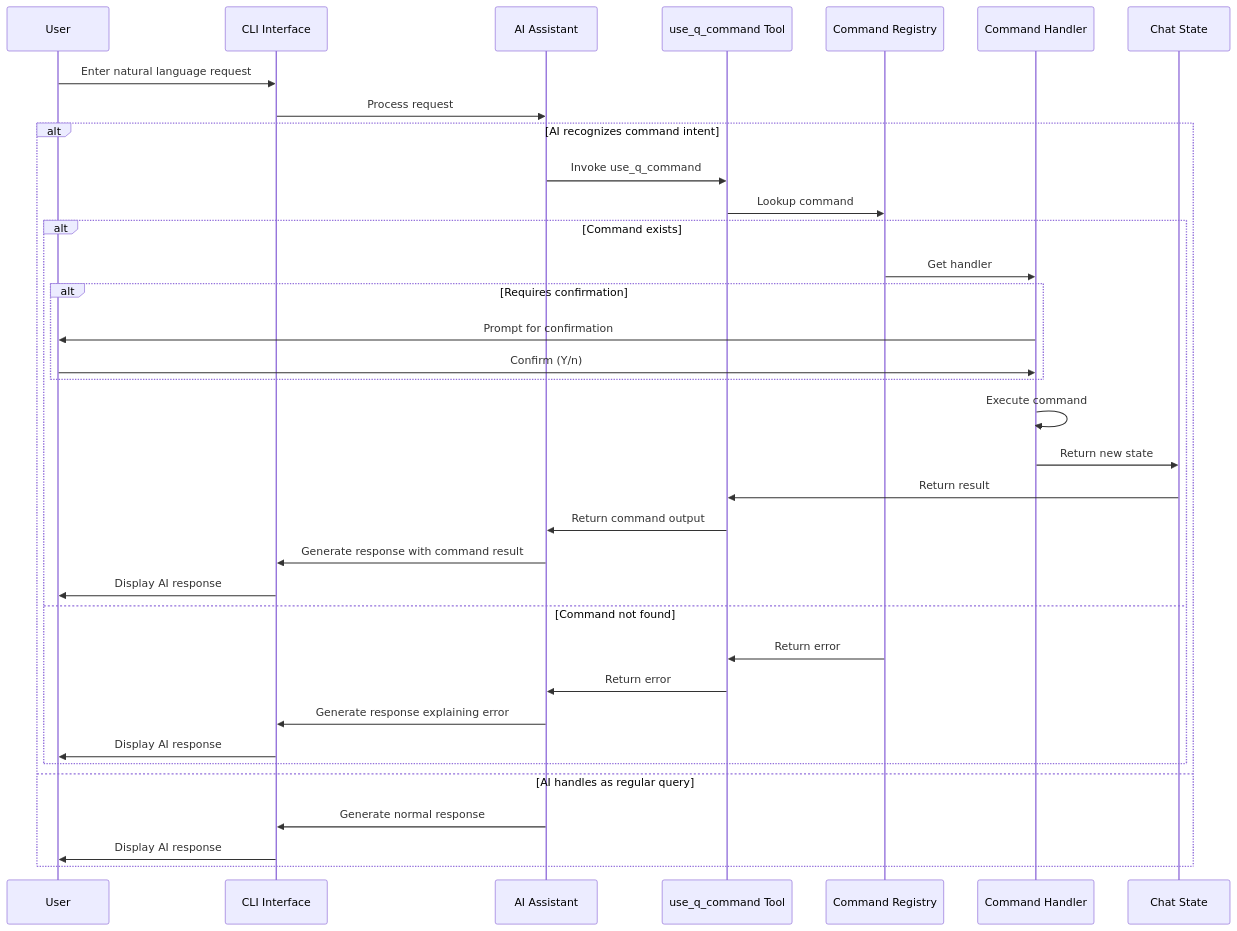
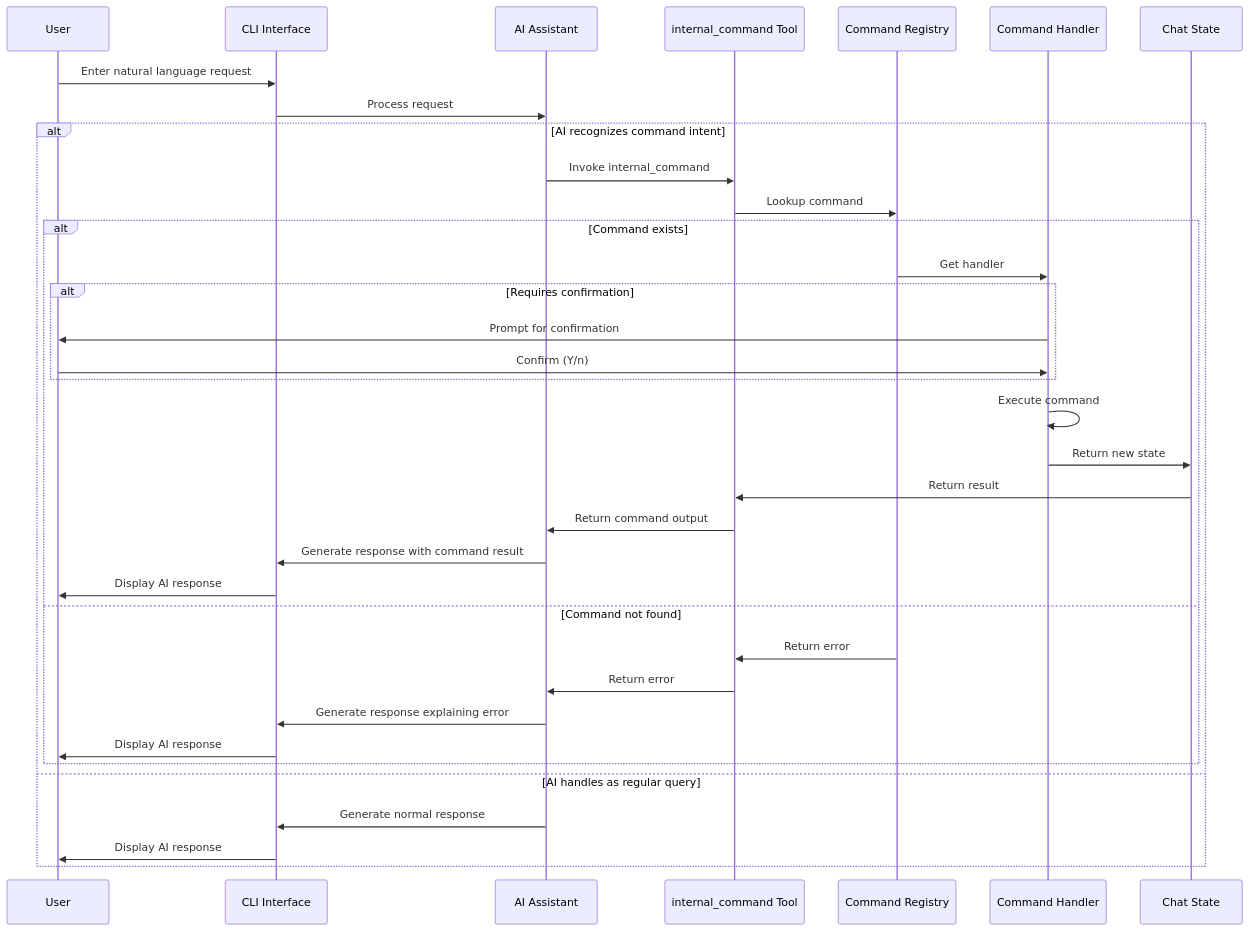
One commit to aws/amazon-q-developer-cli changed the second of 6 diagrams in docs/development/command-execution-flow.md. Above: the diagram before and after it, drawn with Mermaid. The commit also changed other lines of this file and 9 other files, not shown here.

First line of the commit message:
Add tests for ChatState flow in internal_command tool

````diff
--- a/docs/development/command-execution-flow.md
+++ b/docs/development/command-execution-flow.md
@@ -49,42 +49,42 @@
 ```mermaid
 sequenceDiagram
     participant User
     participant CLI as CLI Interface
     participant AI as AI Assistant
-    participant Tool as use_q_command Tool
+    participant Tool as internal_command Tool
     participant Registry as Command Registry
     participant Handler as Command Handler
     participant State as Chat State
 
     User->>CLI: Enter natural language request
     CLI->>AI: Process request
     
     alt AI recognizes command intent
-        AI->>Tool: Invoke use_q_command
+        AI->>Tool: Invoke internal_command
         Tool->>Registry: Lookup command
         
         alt Command exists
             Registry->>Handler: Get handler
             
             alt Requires confirmation
                 Handler->>User: Prompt for confirmation
                 User->>Handler: Confirm (Y/n)
             end
             
             Handler->>Handler: Execute command
             Handler->>State: Return new state
             State->>Tool: Return result
             Tool->>AI: Return command output
             AI->>CLI: Generate response with command result
             CLI->>User: Display AI response
         else Command not found
             Registry->>Tool: Return error
             Tool->>AI: Return error
             AI->>CLI: Generate response explaining error
             CLI->>User: Display AI response
         end
     else AI handles as regular query
         AI->>CLI: Generate normal response
         CLI->>User: Display AI response
     end
 ```
````
